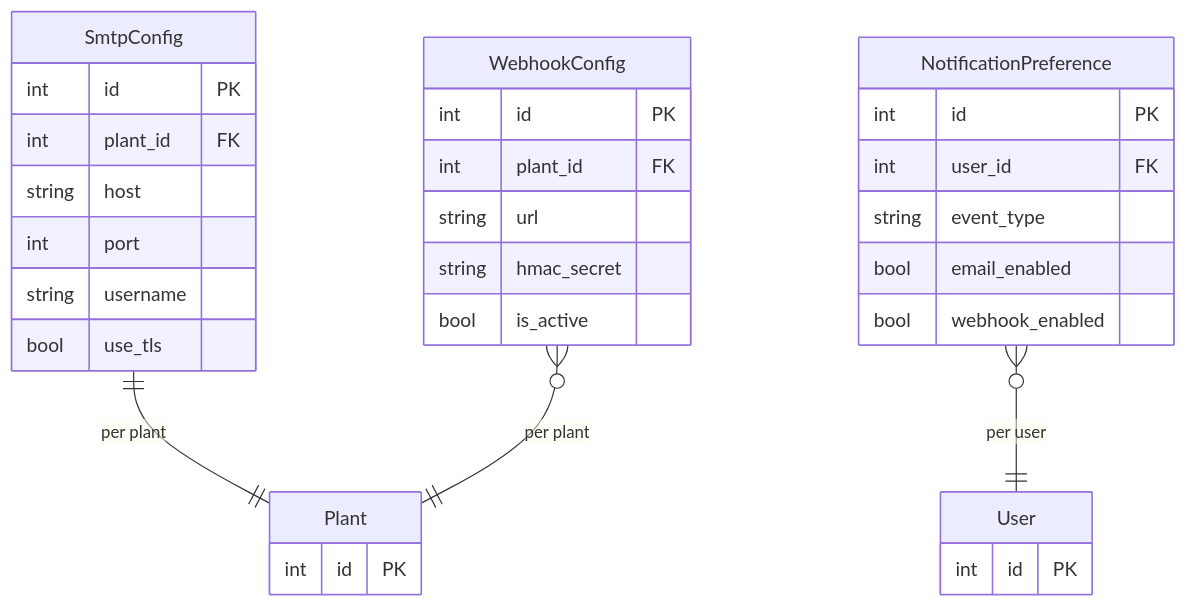
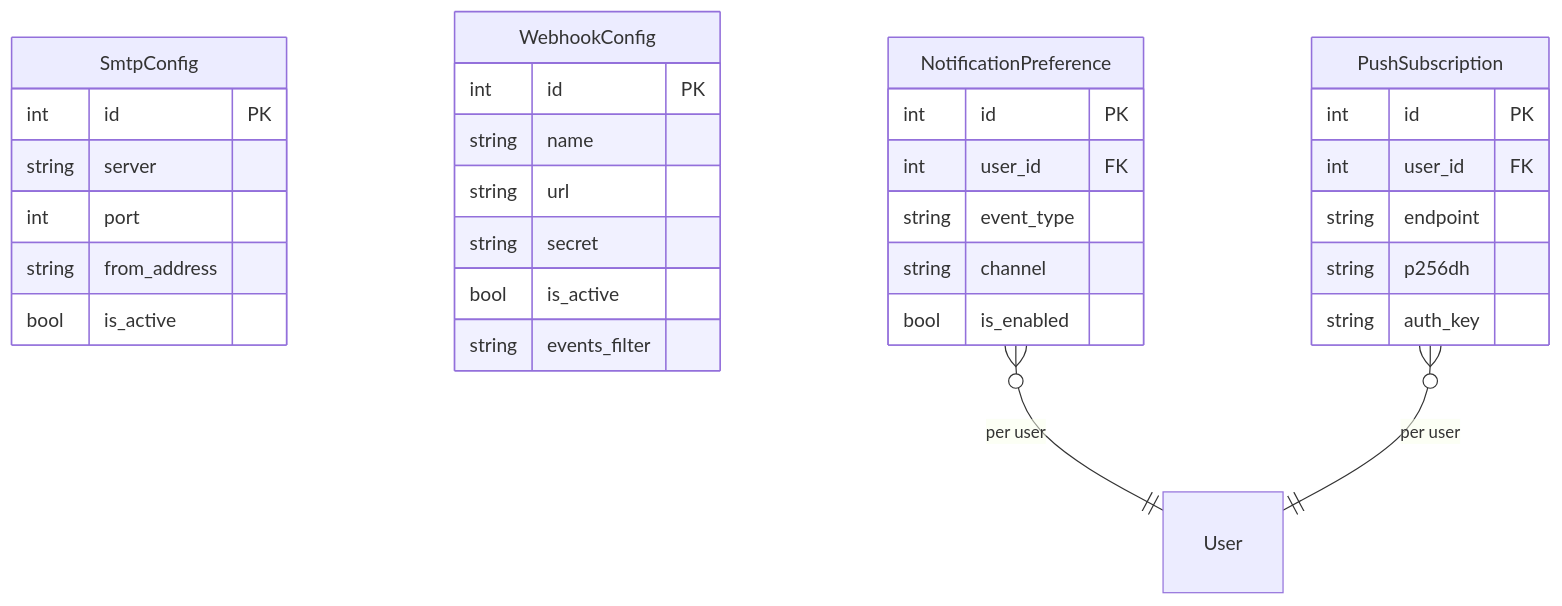
One commit to saturnis-io/cassini changed the second of 2 diagrams in .knowledge/features/notifications.md. Above: the diagram before and after it, drawn with Mermaid. The commit also changed other lines of this file and 16 other files, not shown here.

First line of the commit message:
knowledge-graph: regenerate

````diff
--- a/.knowledge/features/notifications.md
+++ b/.knowledge/features/notifications.md
@@ -23,34 +28,34 @@
 ```mermaid
 erDiagram
-    SmtpConfig ||--|| Plant : "per plant"
-    WebhookConfig }o--|| Plant : "per plant"
-    NotificationPreference }o--|| User : "per user"
     SmtpConfig {
         int id PK
-        int plant_id FK
-        string host
+        string server
         int port
-        string username
-        bool use_tls
+        string from_address
+        bool is_active
     }
     WebhookConfig {
         int id PK
-        int plant_id FK
+        string name
         string url
-        string hmac_secret
+        string secret
         bool is_active
+        string events_filter
     }
     NotificationPreference {
         int id PK
         int user_id FK
         string event_type
-        bool email_enabled
-        bool webhook_enabled
+        string channel
+        bool is_enabled
     }
-    Plant {
+    NotificationPreference }o--|| User : "per user"
+    PushSubscription {
         int id PK
+        int user_id FK
+        string endpoint
+        string p256dh
+        string auth_key
     }
-    User {
-        int id PK
-    }
+    PushSubscription }o--|| User : "per user"
 ```
````
